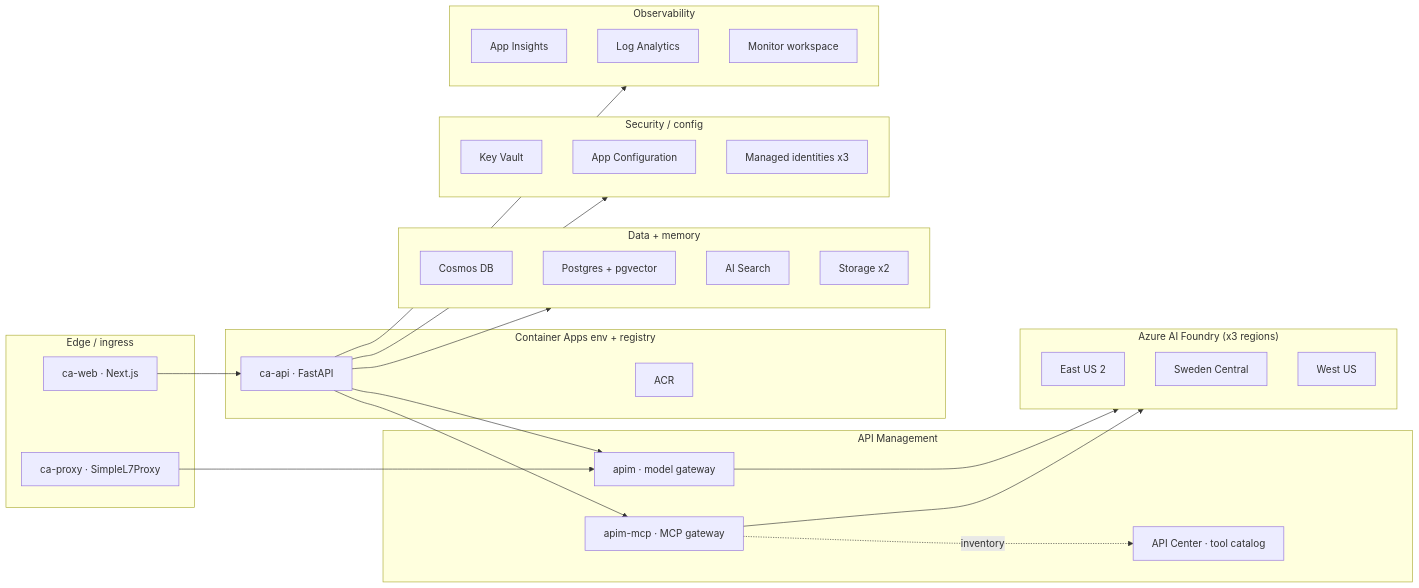
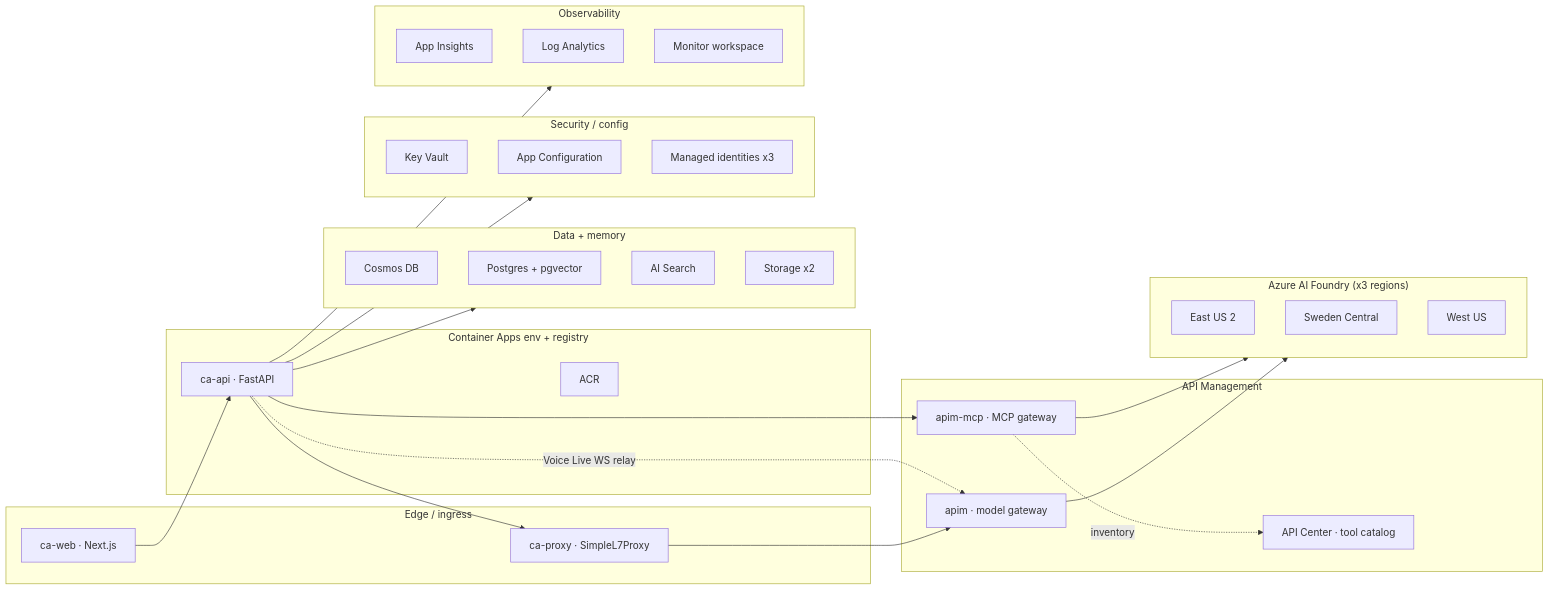
One commit to ian-t-adams/AI4IA changed the third of 5 diagrams in docs/architecture.md. Above: the diagram before and after it, drawn with Mermaid. The commit also changed other lines of this file and 68 other files, not shown here.

````diff
--- a/docs/architecture.md
+++ b/docs/architecture.md
@@ -118,46 +127,46 @@
 ```mermaid
 flowchart LR
   subgraph Edge["Edge / ingress"]
     WebCA["ca-web · Next.js"]
     ProxyCA["ca-proxy · SimpleL7Proxy"]
   end
   subgraph Gateways["API Management"]
     Apim["apim · model gateway"]
     ApimMcp["apim-mcp · MCP gateway"]
     Apic["API Center · tool catalog"]
   end
   subgraph Compute["Container Apps env + registry"]
     ApiCA["ca-api · FastAPI"]
     Acr["ACR"]
   end
   subgraph AI["Azure AI Foundry (x3 regions)"]
     F1["East US 2"]
     F2["Sweden Central"]
     F3["West US"]
   end
   subgraph Data["Data + memory"]
     Cos["Cosmos DB"]
     Pg["Postgres + pgvector"]
     Srch["AI Search"]
     St["Storage x2"]
   end
   subgraph Sec["Security / config"]
     Kv["Key Vault"]
     Ac["App Configuration"]
     Ids["Managed identities x3"]
   end
   subgraph Obs["Observability"]
     Ai["App Insights"]
     La["Log Analytics"]
     Amw["Monitor workspace"]
   end
   WebCA --> ApiCA
-  ProxyCA --> Apim
-  ApiCA --> Apim --> AI
+  ApiCA --> ProxyCA --> Apim --> AI
+  ApiCA -. "Voice Live WS relay" .-> Apim
   ApiCA --> ApimMcp --> AI
   ApimMcp -. inventory .-> Apic
   ApiCA --> Data
   ApiCA --> Sec
   ApiCA --> Obs
   Compute --> Acr
 ```
````
